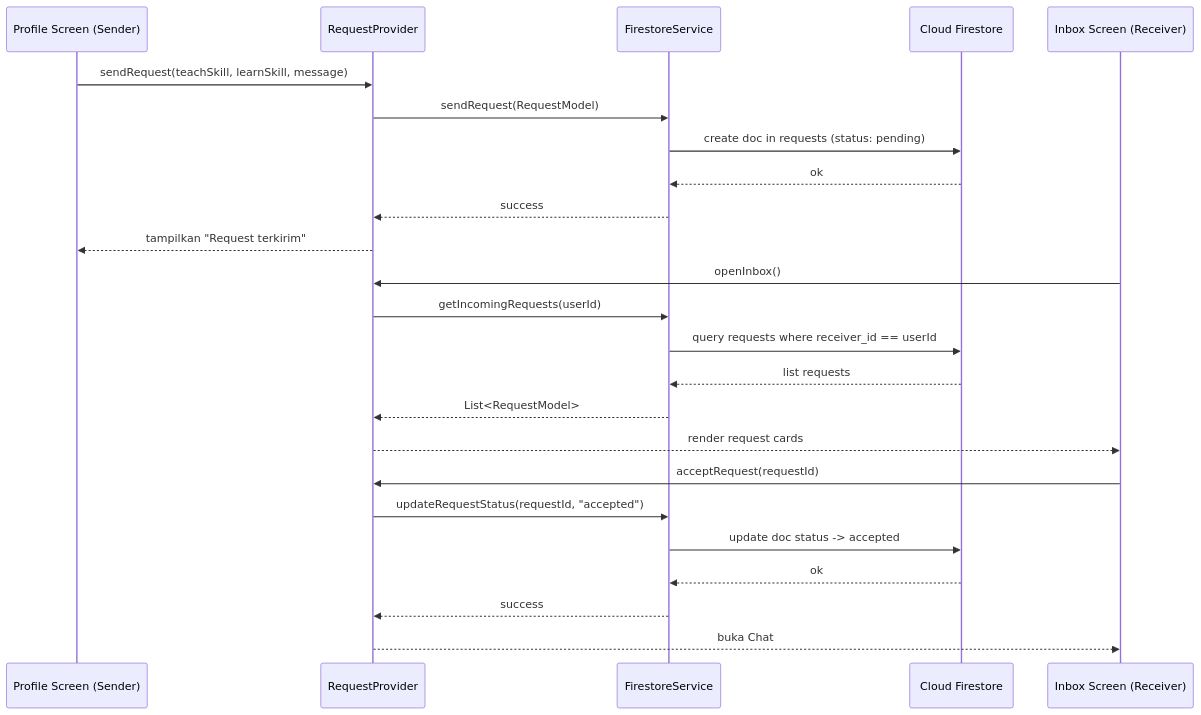
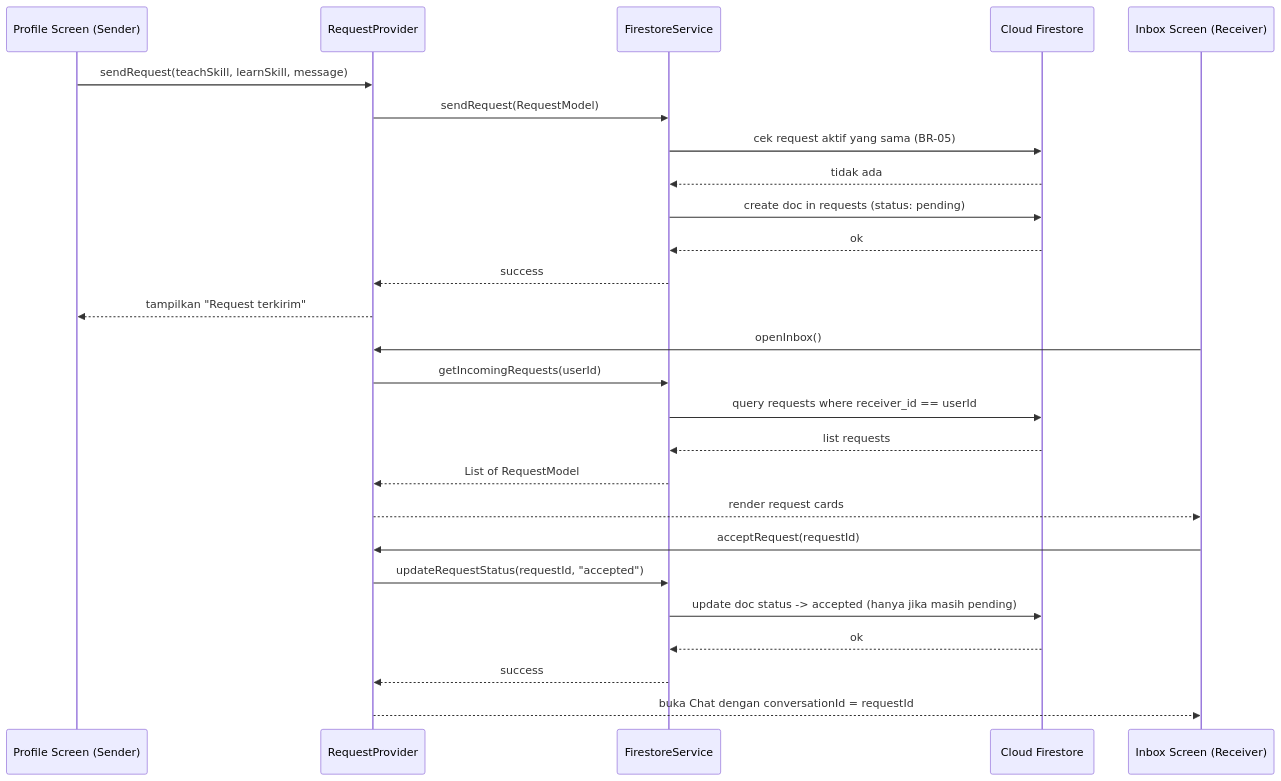
Before and after one commit to Gabriel1-05/SkillSwap: the fourth of 9 diagrams in Architecture.md, drawn with Mermaid. The commit also changed other lines of this file, not shown here.

````diff
--- a/Architecture.md
+++ b/Architecture.md
@@ -206,29 +293,31 @@
 ```mermaid
 sequenceDiagram
     participant UIa as Profile Screen (Sender)
     participant Pa as RequestProvider
     participant F as FirestoreService
     participant DB as Cloud Firestore
     participant UIb as Inbox Screen (Receiver)
 
     UIa->>Pa: sendRequest(teachSkill, learnSkill, message)
     Pa->>F: sendRequest(RequestModel)
+    F->>DB: cek request aktif yang sama (BR-05)
+    DB-->>F: tidak ada
     F->>DB: create doc in requests (status: pending)
     DB-->>F: ok
     F-->>Pa: success
     Pa-->>UIa: tampilkan "Request terkirim"
 
     UIb->>Pa: openInbox()
     Pa->>F: getIncomingRequests(userId)
     F->>DB: query requests where receiver_id == userId
     DB-->>F: list requests
-    F-->>Pa: List<RequestModel>
+    F-->>Pa: List of RequestModel
     Pa-->>UIb: render request cards
 
     UIb->>Pa: acceptRequest(requestId)
     Pa->>F: updateRequestStatus(requestId, "accepted")
-    F->>DB: update doc status -> accepted
+    F->>DB: update doc status -> accepted (hanya jika masih pending)
     DB-->>F: ok
     F-->>Pa: success
-    Pa-->>UIb: buka Chat
+    Pa-->>UIb: buka Chat dengan conversationId = requestId
 ```
````
